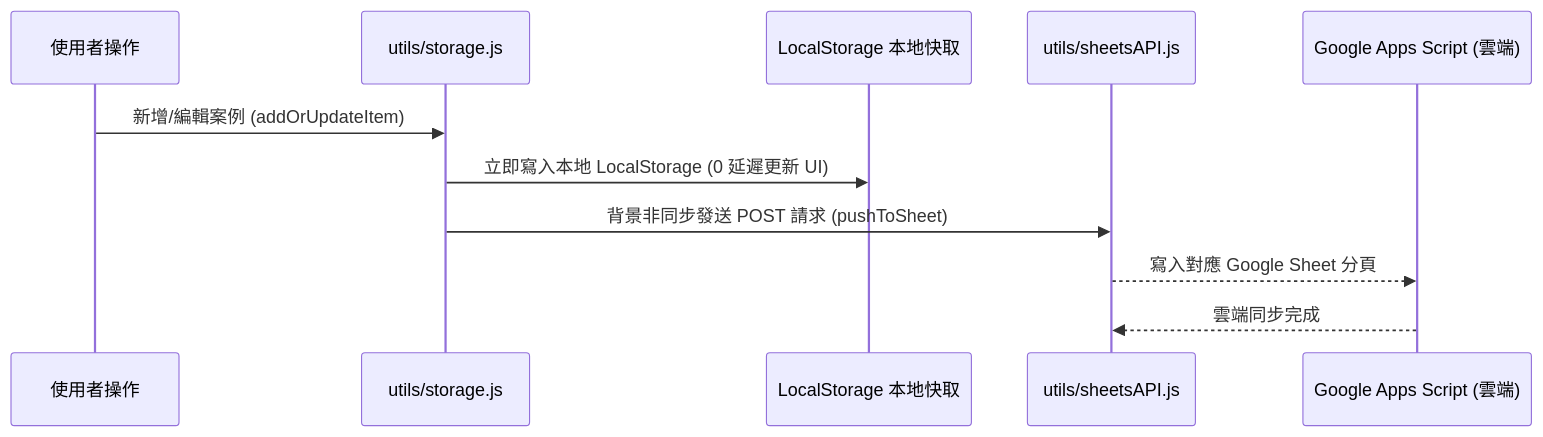
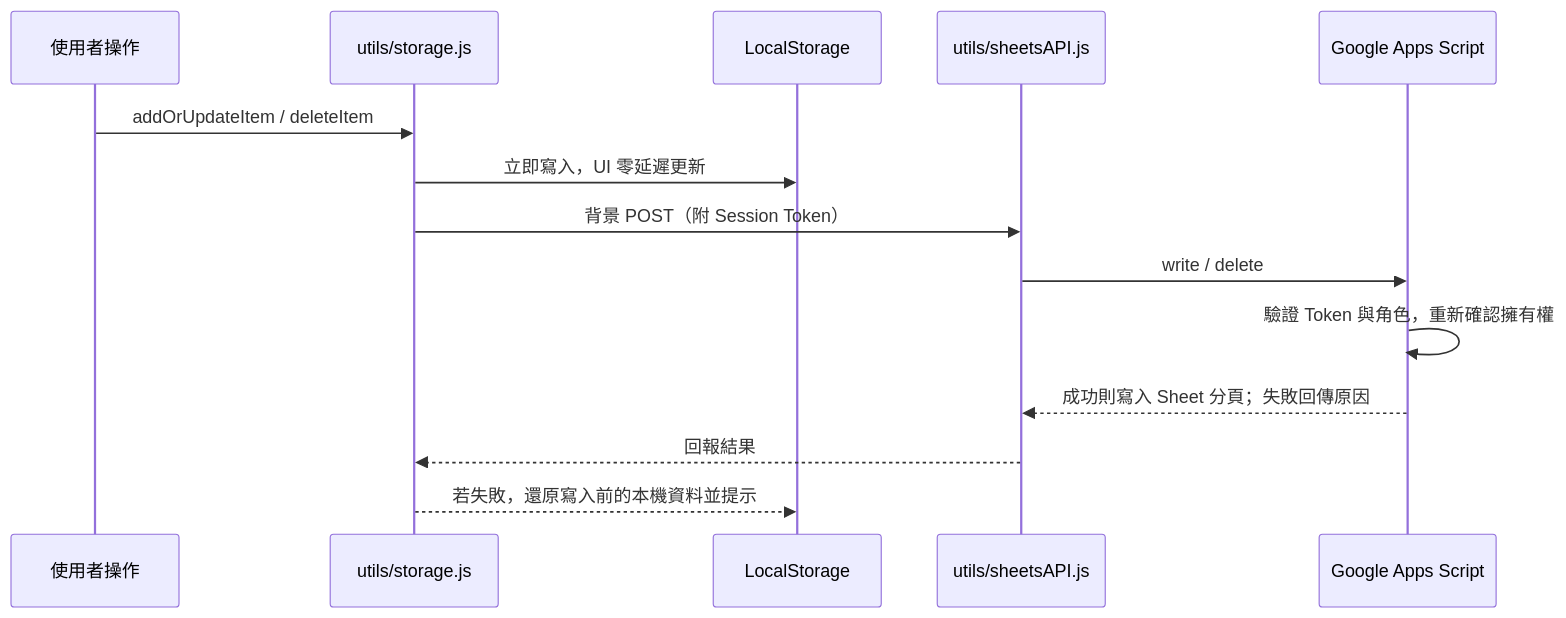
The second of 2 diagrams in README.md (Qunioi/designLAB-website), drawn with Mermaid before and after one commit. The commit also changed other lines of this file and 12 other files, not shown here.

````diff
--- a/README.md
+++ b/README.md
@@ -300,14 +274,17 @@
 ```mermaid
 sequenceDiagram
     participant User as 使用者操作
     participant Storage as utils/storage.js
-    participant Local as LocalStorage 本地快取
+    participant Local as LocalStorage
     participant Sheets as utils/sheetsAPI.js
-    participant GAS as Google Apps Script (雲端)
+    participant GAS as Google Apps Script
 
-    User->>Storage: 新增/編輯案例 (addOrUpdateItem)
-    Storage->>Local: 立即寫入本地 LocalStorage (0 延遲更新 UI)
-    Storage->>Sheets: 背景非同步發送 POST 請求 (pushToSheet)
-    Sheets-->>GAS: 寫入對應 Google Sheet 分頁
-    GAS-->>Sheets: 雲端同步完成
+    User->>Storage: addOrUpdateItem / deleteItem
+    Storage->>Local: 立即寫入，UI 零延遲更新
+    Storage->>Sheets: 背景 POST（附 Session Token）
+    Sheets->>GAS: write / delete
+    GAS->>GAS: 驗證 Token 與角色，重新確認擁有權
+    GAS-->>Sheets: 成功則寫入 Sheet 分頁；失敗回傳原因
+    Sheets-->>Storage: 回報結果
+    Storage-->>Local: 若失敗，還原寫入前的本機資料並提示
 ```
````
